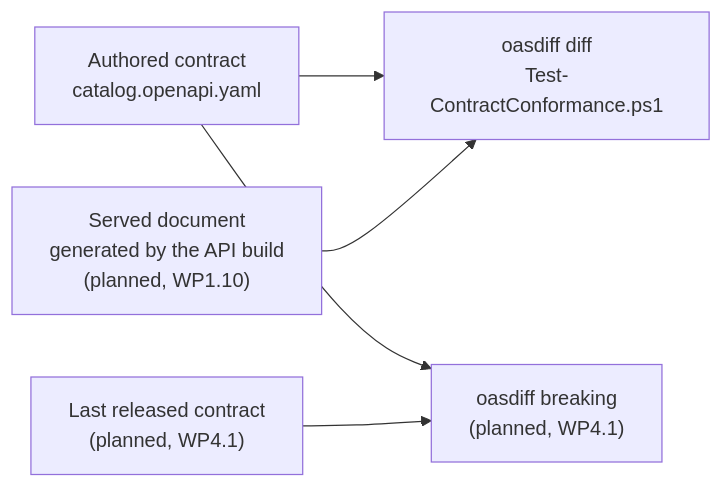
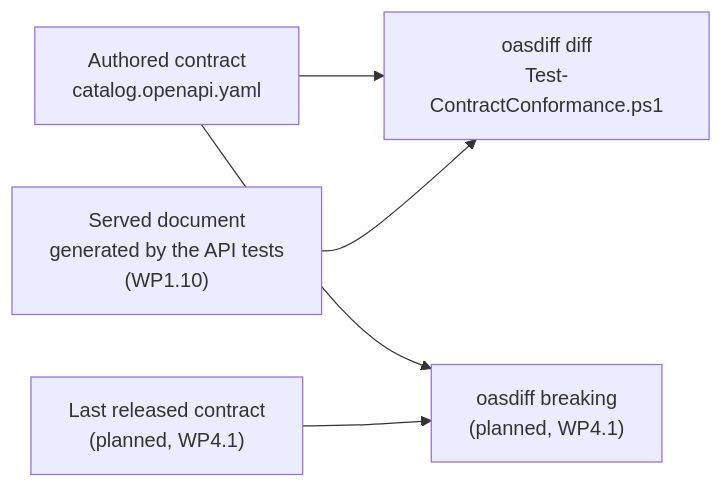
One commit to RostomOhannessian/full-ci-cd-pipeline changed the diagram in docs/reference/tools/oasdiff.md. Above: the diagram before and after it, drawn with Mermaid. The commit also changed other lines of this file and 17 other files, not shown here.

````diff
--- a/docs/reference/tools/oasdiff.md
+++ b/docs/reference/tools/oasdiff.md
@@ -36,14 +36,14 @@
 ```mermaid
 flowchart LR
   accTitle: Where oasdiff compares OpenAPI documents in this repository
-  accDescr: The authored contract is compared in two ways. The conformance check runs oasdiff diff against the served document that the API build generates, and any difference fails it. WP1.5 builds the script and its tests, and WP1.10 supplies the served document. The breaking-change check, planned for WP4.1, runs oasdiff breaking against the last released contract.
+  accDescr: The authored contract is compared in two ways. The conformance check runs oasdiff diff against the served document that the API tests generate, and any difference fails it. WP1.5 builds the script and its tests, and WP1.10 supplies the served document and runs the check in the ci workflow. The breaking-change check, planned for WP4.1, runs oasdiff breaking against the last released contract.
   AUTH["Authored contract<br/>catalog.openapi.yaml"]
-  SERVED["Served document<br/>generated by the API build<br/>(planned, WP1.10)"]
+  SERVED["Served document<br/>generated by the API tests<br/>(WP1.10)"]
   RELEASED["Last released contract<br/>(planned, WP4.1)"]
   CONF["oasdiff diff<br/>Test-ContractConformance.ps1"]
   BRK["oasdiff breaking<br/>(planned, WP4.1)"]
   AUTH --> CONF
   SERVED --> CONF
   AUTH --> BRK
   RELEASED --> BRK
 ```
````
